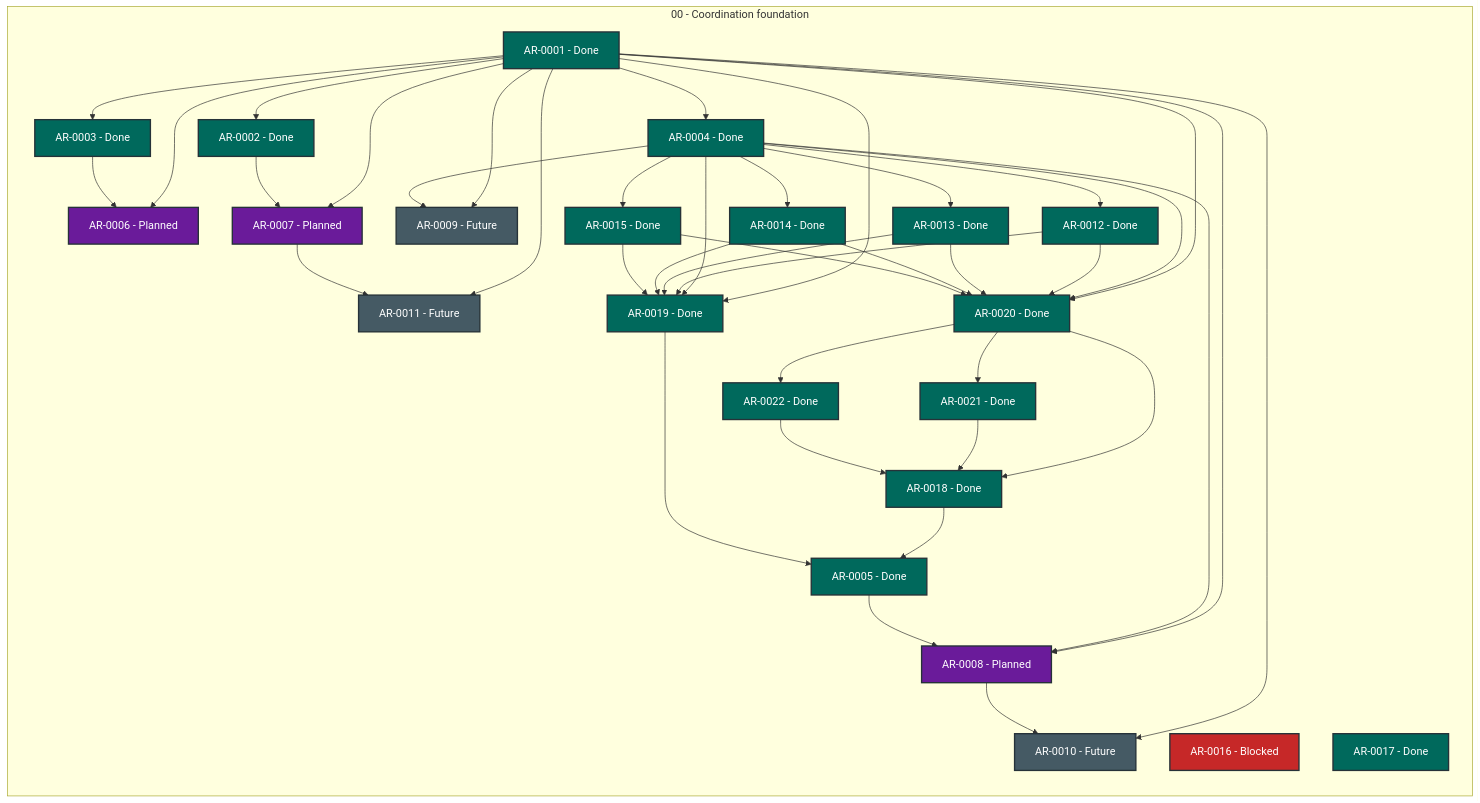
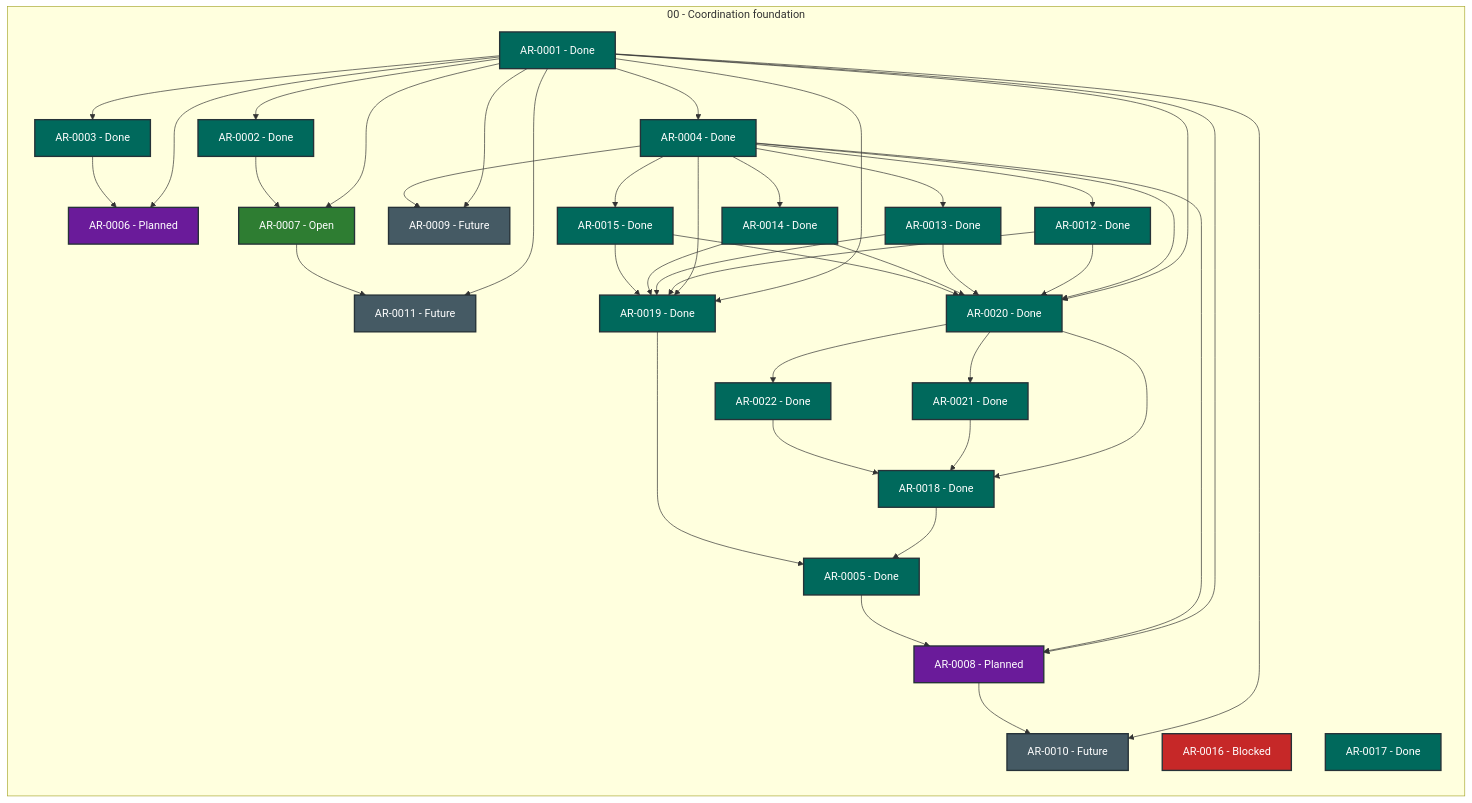
Before and after one commit to martin-beck/agent-workflow-quality-state: the diagram in STATUS.md, drawn with Mermaid. The commit also changed other lines of this file and 2 other files, not shown here.

````diff
--- a/STATUS.md
+++ b/STATUS.md
@@ -27,75 +27,75 @@
 ```mermaid
 flowchart LR
     subgraph series_00["00 - Coordination foundation"]
         direction TB
         AR_0001["AR-0001 - Done"]:::status_done
         AR_0002["AR-0002 - Done"]:::status_done
         AR_0003["AR-0003 - Done"]:::status_done
         AR_0004["AR-0004 - Done"]:::status_done
         AR_0005["AR-0005 - Done"]:::status_done
         AR_0006["AR-0006 - Planned"]:::status_planned
-        AR_0007["AR-0007 - Planned"]:::status_planned
+        AR_0007["AR-0007 - Open"]:::status_open
         AR_0008["AR-0008 - Planned"]:::status_planned
         AR_0009["AR-0009 - Future"]:::status_future
         AR_0010["AR-0010 - Future"]:::status_future
         AR_0011["AR-0011 - Future"]:::status_future
         AR_0012["AR-0012 - Done"]:::status_done
         AR_0013["AR-0013 - Done"]:::status_done
         AR_0014["AR-0014 - Done"]:::status_done
         AR_0015["AR-0015 - Done"]:::status_done
         AR_0016["AR-0016 - Blocked"]:::status_blocked
         AR_0017["AR-0017 - Done"]:::status_done
         AR_0018["AR-0018 - Done"]:::status_done
         AR_0019["AR-0019 - Done"]:::status_done
         AR_0020["AR-0020 - Done"]:::status_done
         AR_0021["AR-0021 - Done"]:::status_done
         AR_0022["AR-0022 - Done"]:::status_done
     end
     AR_0001 --> AR_0002
     AR_0001 --> AR_0003
     AR_0001 --> AR_0004
     AR_0001 --> AR_0006
     AR_0001 --> AR_0007
     AR_0001 --> AR_0008
     AR_0001 --> AR_0009
     AR_0001 --> AR_0010
     AR_0001 --> AR_0011
     AR_0001 --> AR_0019
     AR_0001 --> AR_0020
     AR_0002 --> AR_0007
     AR_0003 --> AR_0006
     AR_0004 --> AR_0008
     AR_0004 --> AR_0009
     AR_0004 --> AR_0012
     AR_0004 --> AR_0013
     AR_0004 --> AR_0014
     AR_0004 --> AR_0015
     AR_0004 --> AR_0019
     AR_0004 --> AR_0020
     AR_0005 --> AR_0008
     AR_0007 --> AR_0011
     AR_0008 --> AR_0010
     AR_0012 --> AR_0019
     AR_0012 --> AR_0020
     AR_0013 --> AR_0019
     AR_0013 --> AR_0020
     AR_0014 --> AR_0019
     AR_0014 --> AR_0020
     AR_0015 --> AR_0019
     AR_0015 --> AR_0020
     AR_0018 --> AR_0005
     AR_0019 --> AR_0005
     AR_0020 --> AR_0018
     AR_0020 --> AR_0021
     AR_0020 --> AR_0022
     AR_0021 --> AR_0018
     AR_0022 --> AR_0018
     classDef status_in_progress fill:#1565c0,color:#ffffff,stroke:#263238,stroke-width:2px
     classDef status_open fill:#2e7d32,color:#ffffff,stroke:#263238,stroke-width:2px
     classDef status_blocked fill:#c62828,color:#ffffff,stroke:#263238,stroke-width:2px
     classDef status_planned fill:#6a1b9a,color:#ffffff,stroke:#263238,stroke-width:2px
     classDef status_future fill:#455a64,color:#ffffff,stroke:#263238,stroke-width:2px
     classDef status_done fill:#00695c,color:#ffffff,stroke:#263238,stroke-width:2px
     classDef status_cancelled fill:#616161,color:#ffffff,stroke:#263238,stroke-width:2px
     classDef status_superseded fill:#5d4037,color:#ffffff,stroke:#263238,stroke-width:2px
 ```
````
